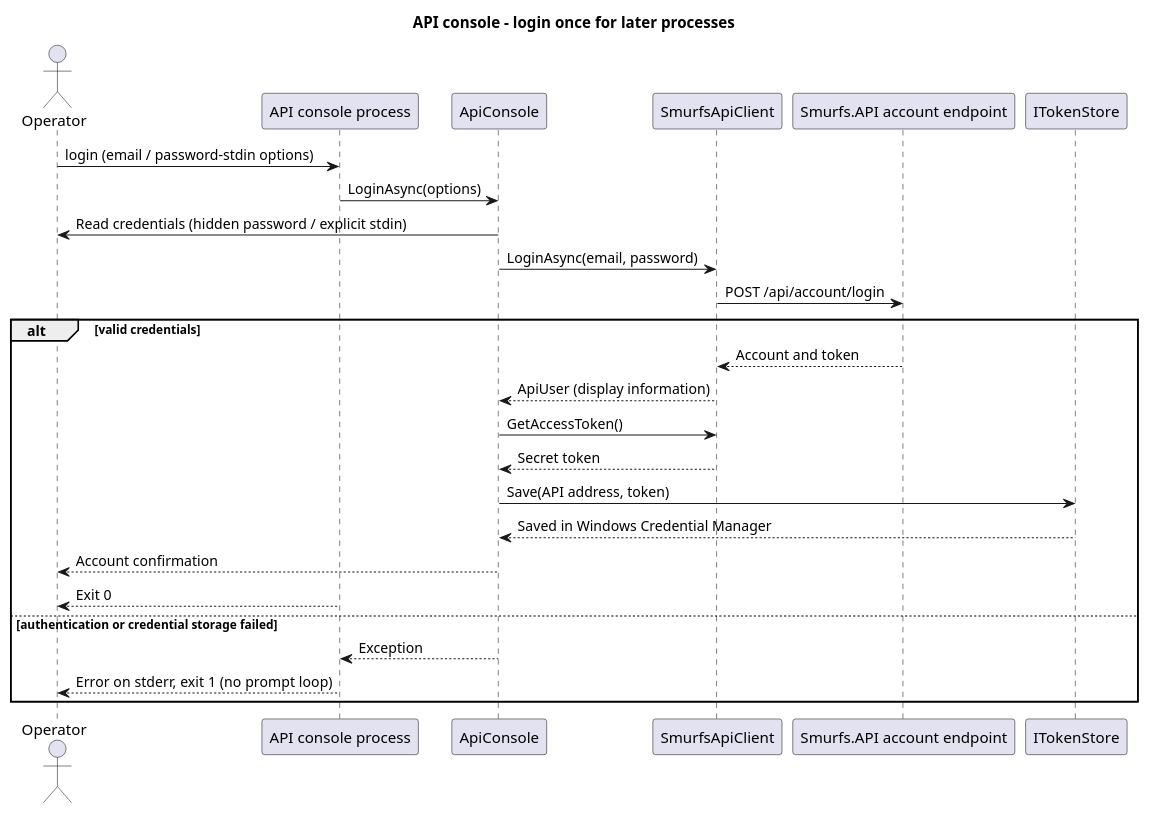
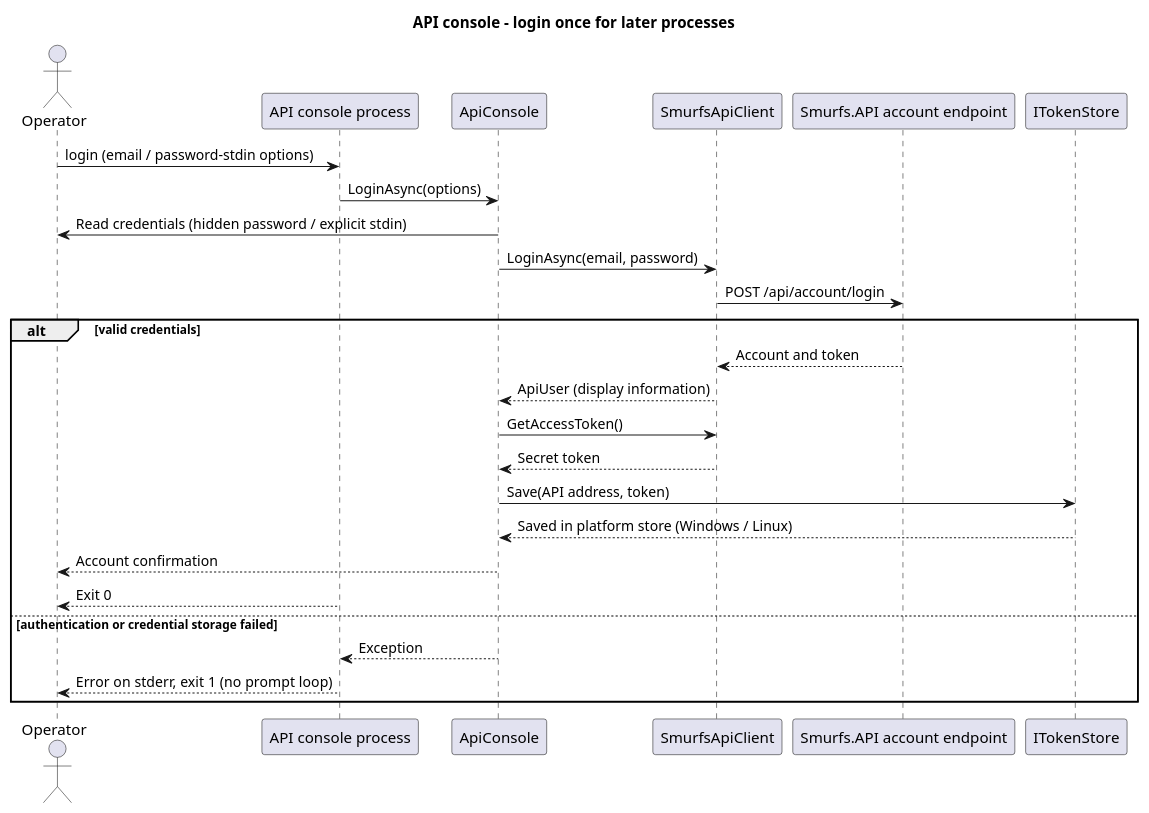
One commit to EbbeMeloSorensen/Smurfs changed the diagram in docs/behavioral/diagrams/api-console-login.puml. Above: the diagram before and after it, drawn with PlantUML. The commit also changed 18 other files, not shown here.

Commit message:
Add Linux saved-login support with owner-only token storage

```diff
--- a/docs/behavioral/diagrams/api-console-login.puml
+++ b/docs/behavioral/diagrams/api-console-login.puml
@@ -1,27 +1,27 @@
 @startuml
 title API console - login once for later processes
 actor Operator
 participant "API console process" as CLI
 participant ApiConsole as Command
 participant SmurfsApiClient as Client
 participant "Smurfs.API account endpoint" as API
 participant ITokenStore as Store
 Operator -> CLI : login (email / password-stdin options)
 CLI -> Command : LoginAsync(options)
 Command -> Operator : Read credentials (hidden password / explicit stdin)
 Command -> Client : LoginAsync(email, password)
 Client -> API : POST /api/account/login
 alt valid credentials
   API --> Client : Account and token
   Client --> Command : ApiUser (display information)
   Command -> Client : GetAccessToken()
   Client --> Command : Secret token
   Command -> Store : Save(API address, token)
-  Store --> Command : Saved in Windows Credential Manager
+  Store --> Command : Saved in platform store (Windows / Linux)
   Command --> Operator : Account confirmation
   CLI --> Operator : Exit 0
 else authentication or credential storage failed
   Command --> CLI : Exception
   CLI --> Operator : Error on stderr, exit 1 (no prompt loop)
 end
 @enduml
```
